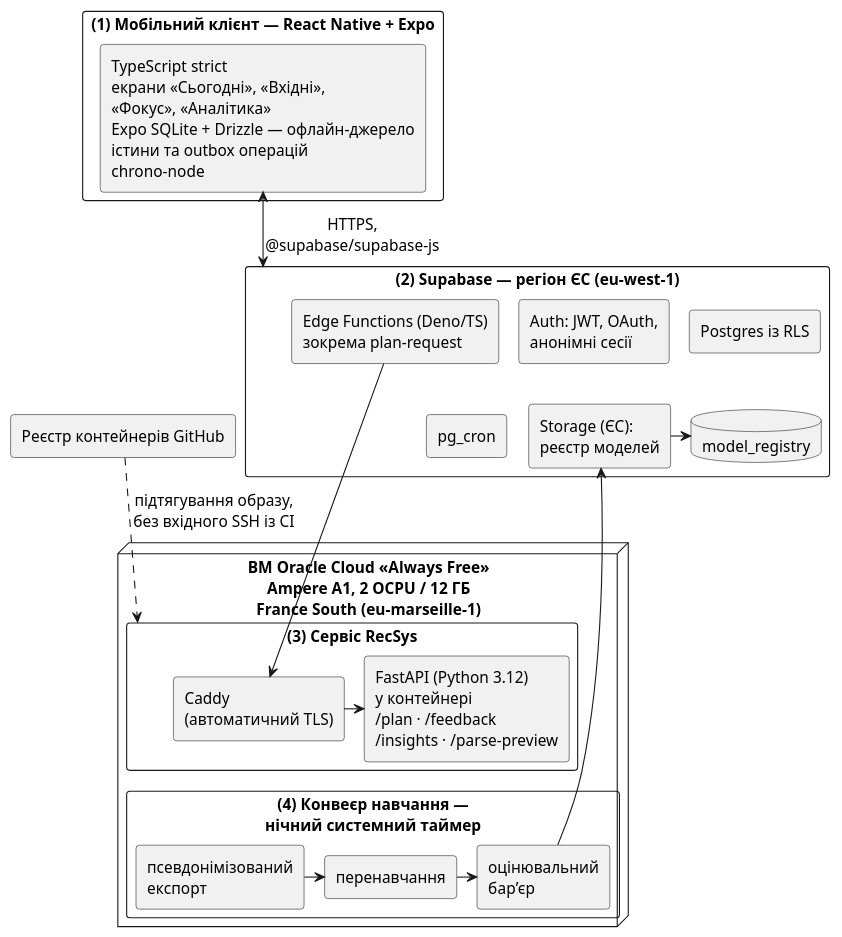
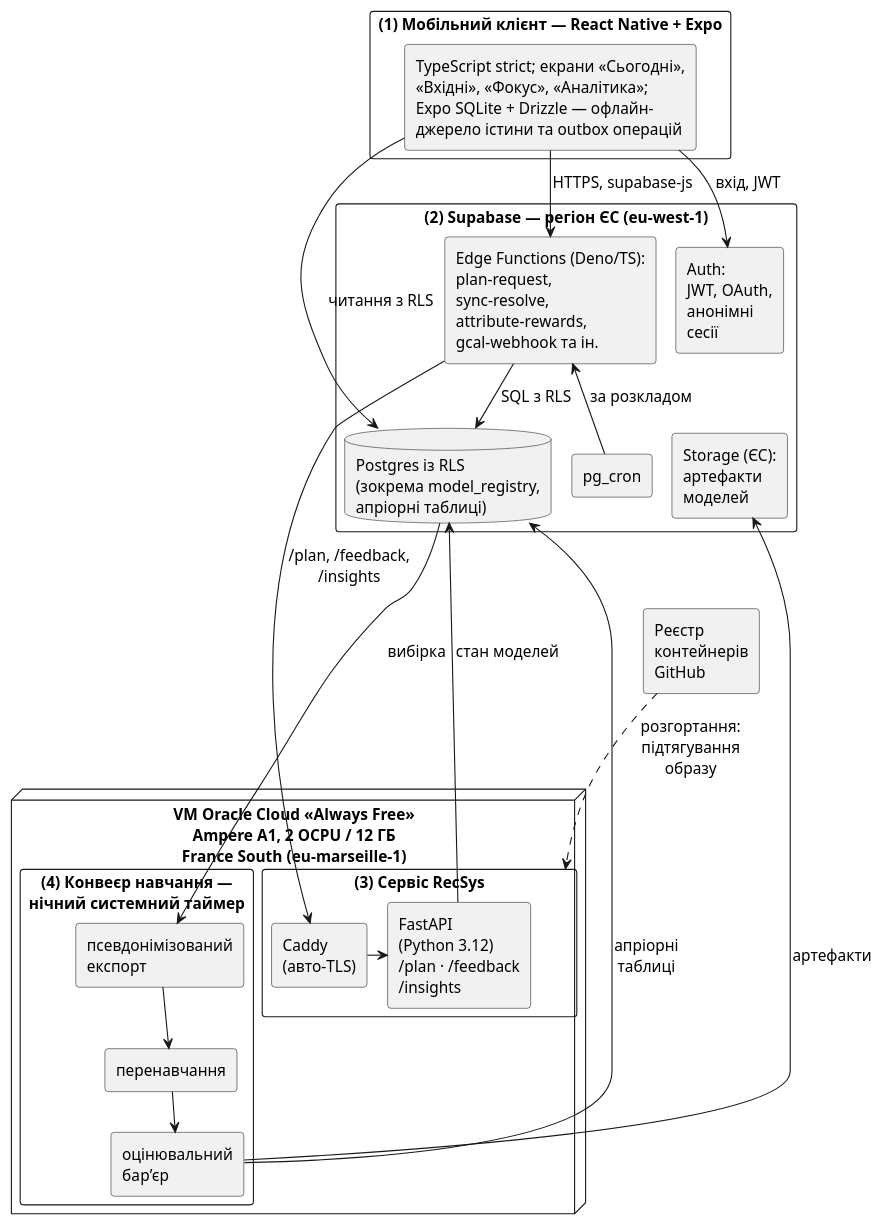
The diagram in docs/thesis/text/diagrams/3-1-architecture.puml (IKala4I/magister_work), drawn with PlantUML before and after one commit. The commit also changed 17 other files, not shown here.

```diff
--- a/docs/thesis/text/diagrams/3-1-architecture.puml
+++ b/docs/thesis/text/diagrams/3-1-architecture.puml
@@ -1,61 +1,71 @@
 @startuml
 ' Рисунок 3.1 — Загальна архітектура системи Hourwell.
 ' Джерело: текст плейсхолдера рисунка 3.1 у full.md (підрозділ 3.2) — чотири рівні, їхній склад і
 ' стрілки взято звідти; нічого поза ним. Стрілка plan-request → /plan без підпису: ім’я функції
 ' стоїть у блоці Edge Functions, /plan — у блоці FastAPI. Рівні (3) і (4) — на одній ВМ, як і сказано в тексті,
 ' тому намальовані в одній рамці ВМ. PlantUML, а не Mermaid: розкладка Mermaid не дає вмістити
 ' рисунок на сторінку з підписами не менше 8 пт (стрілку «конвеєр → Storage» вона веде в обхід).
+' 2026-11-12 (зовнішня рецензія, звірено з кодом): клієнт звертається до Auth, Edge Functions
+' (supabase.functions.invoke) і читає Postgres напряму під RLS (sync/engine.ts: повторне читання
+' рядків tasks); до Postgres ідуть також функції й сервіс рекомендацій
+' (стан моделей bandit_state / beta_cells / blend_state — у Postgres, repo.py); pg_cron запускає
+' функції за розкладом (attribute-rewards о 23:55, календар кожні 5 хв); конвеєр читає експорт із
+' Postgres, пише апріорні таблиці, кластери й рядок model_registry у Postgres, артефакти — у Storage.
+' Сервіс зі Storage моделей не завантажує — такої стрілки немає. Стрілка — від того, хто ініціює.
+' Реєстр контейнерів — пунктир: розгортання, а не робота системи.
 !pragma layout smetana
 skinparam defaultFontSize 14
 skinparam defaultFontName Arial
 skinparam monochrome true
 skinparam shadowing false
 skinparam rectangle {
   RoundCorner 6
 }
-skinparam nodesep 18
-skinparam ranksep 34
+skinparam nodesep 22
+skinparam ranksep 40
 top to bottom direction
 
 rectangle "(1) Мобільний клієнт — React Native + Expo" as L1 {
-  rectangle "TypeScript strict\nекрани «Сьогодні», «Вхідні»,\n«Фокус», «Аналітика»\nExpo SQLite + Drizzle — офлайн-джерело\nістини та outbox операцій\nchrono-node" as C
+  rectangle "TypeScript strict; екрани «Сьогодні»,\n«Вхідні», «Фокус», «Аналітика»;\nExpo SQLite + Drizzle — офлайн-\nджерело істини та outbox операцій" as C
 }
 
 rectangle "(2) Supabase — регіон ЄС (eu-west-1)" as L2 {
-  rectangle "Postgres із RLS" as S1
-  rectangle "Auth: JWT, OAuth,\nанонімні сесії" as S2
-  rectangle "Edge Functions (Deno/TS)\nзокрема plan-request" as S3
+  rectangle "Auth:\nJWT, OAuth,\nанонімні\nсесії" as S2
+  rectangle "Edge Functions (Deno/TS):\nplan-request,\nsync-resolve,\nattribute-rewards,\ngcal-webhook та ін." as S3
   rectangle "pg_cron" as S4
-  rectangle "Storage (ЄС):\nреєстр моделей" as S5
-  database "model_registry" as S6
+  database "Postgres із RLS\n(зокрема model_registry,\nапріорні таблиці)" as S1
+  rectangle "Storage (ЄС):\nартефакти\nмоделей" as S5
 }
 
-node "ВМ Oracle Cloud «Always Free»\nAmpere A1, 2 OCPU / 12 ГБ\nFrance South (eu-marseille-1)" as VM {
+node "VM Oracle Cloud «Always Free»\nAmpere A1, 2 OCPU / 12 ГБ\nFrance South (eu-marseille-1)" as VM {
   rectangle "(3) Сервіс RecSys" as L3 {
-    rectangle "Caddy\n(автоматичний TLS)" as R0
-    rectangle "FastAPI (Python 3.12)\nу контейнері\n/plan · /feedback\n/insights · /parse-preview" as R1
+    rectangle "Caddy\n(авто-TLS)" as R0
+    rectangle "FastAPI\n(Python 3.12)\n/plan · /feedback\n/insights" as R1
   }
   rectangle "(4) Конвеєр навчання —\nнічний системний таймер" as L4 {
     rectangle "псевдонімізований\nекспорт" as T1
     rectangle "перенавчання" as T2
     rectangle "оцінювальний\nбар’єр" as T3
   }
 }
 
-rectangle "Реєстр контейнерів GitHub" as GH
+rectangle "Реєстр\nконтейнерів\nGitHub" as GH
 
-C <-down-> L2 : HTTPS,\n@supabase/supabase-js
-S3 -down-> R0
+C -down-> S2 : вхід, JWT
+C -down-> S3 : HTTPS, supabase-js
+C -down-> S1 : читання з RLS
+S4 -up-> S3 : за розкладом
+S3 -down-> S1 : SQL з RLS
+S3 -down-> R0 : /plan, /feedback,\n/insights
 R0 -right-> R1
-T1 -right-> T2
-T2 -right-> T3
-T3 -up-> S5
-S5 -right-> S6
-' розкладка (лише невидимі зв'язки): Supabase у два ряди, RecSys над конвеєром навчання, ВМ під Supabase
-S1 -[hidden]down- S5
-S2 -[hidden]down- S4
-R0 -[hidden]down- T1
-S4 -[hidden]down- R1
-S4 -[hidden]right- GH
-GH .down.> L3 : підтягування образу,\nбез вхідного SSH із CI
+R1 -up-> S1 : стан моделей
+S1 -down-> T1 : вибірка
+' кроки конвеєра — вертикально: інакше рисунок ширший за сторінку з підписами ≥ 8 пт
+T1 -down-> T2
+T2 -down-> T3
+T3 -up-> S5 : артефакти
+T3 -up-> S1 : апріорні\nтаблиці
+S1 -[hidden]right- S5
+S5 -[hidden]down- GH
+GH .down.> L3 : розгортання:\nпідтягування\nобразу
 @enduml
```
